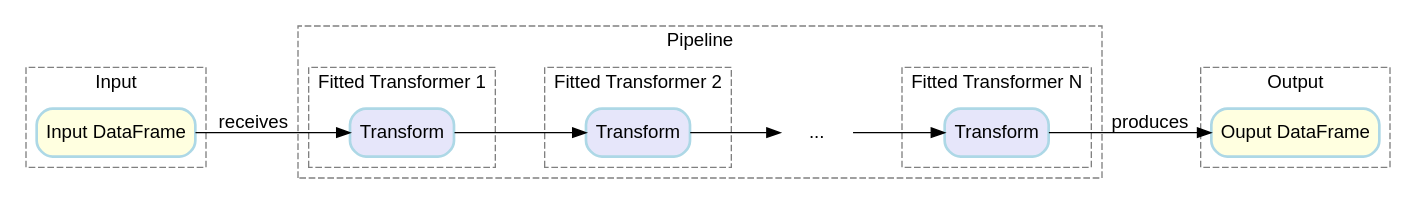
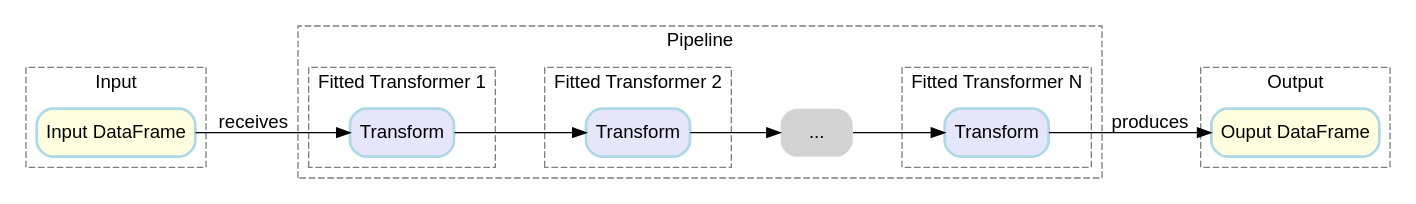
Before and after one commit to habedi/feature-factory: the diagram in assets/pipeline_architecture.dot, drawn with Graphviz. The commit also changed 1 other file, not shown here.

```diff
--- a/assets/pipeline_architecture.dot
+++ b/assets/pipeline_architecture.dot
@@ -1,72 +1,72 @@
 digraph PipelineArchitecture {
     fontname = "Helvetica,Arial,sans-serif";
     layout = dot;
     rankdir = LR;
 
     // Global node style (overridden where necessary)
     node [
     fontname = "Helvetica,Arial,sans-serif",
     shape = box,
     style = "filled,rounded",
     color = "lightblue",
     penwidth = 2
     ];
     edge [
     fontname = "Helvetica,Arial,sans-serif",
     color = "black"
     ];
 
     subgraph cluster_input {
     label = "Input";
     style = "dashed";
     color = "gray";
     df_in [label = "Input DataFrame", fillcolor = "lightyellow", shape = box, style = "filled,rounded"];
     }
 
     subgraph cluster_pipeline {
     label = "Pipeline";
     style = "dashed";
     color = "gray";
 
     // Transformer 1
         subgraph cluster_t1 {
     label = "Fitted Transformer 1";
     style = "dashed";
     color = "gray";
     t1_transform [label = "Transform", fillcolor = "lavender"];
     }
 
     // Transformer 2
     subgraph cluster_t2 {
     label = "Fitted Transformer 2";
     style = "dashed";
     color = "gray";
     t2_transform [label = "Transform", fillcolor = "lavender"];
     }
 
     // Ellipsis for intermediate transformers
-        dots [label = "...", shape = "plaintext", fillcolor = "white"];
+        dots [label = "...", shape = "plaintext", fillcolor = "lightgray"];
 
     // Transformer N
     subgraph cluster_tn {
     label = "Fitted Transformer N";
     style = "dashed";
     color = "gray";
     tn_transform [label = "Transform", fillcolor = "lavender"];
     }
 
     df_in -> t1_transform [label = "receives"];
     t1_transform -> t2_transform;
     t2_transform -> dots;
     dots -> tn_transform;
     }
 
     subgraph cluster_output {
     label = "Output";
     style = "dashed";
     color = "gray";
     df_out [label = "Ouput DataFrame", fillcolor = "lightyellow", shape = box, style = "filled,rounded"];
     }
 
     tn_transform -> df_out [label = "produces"];
 }
```
